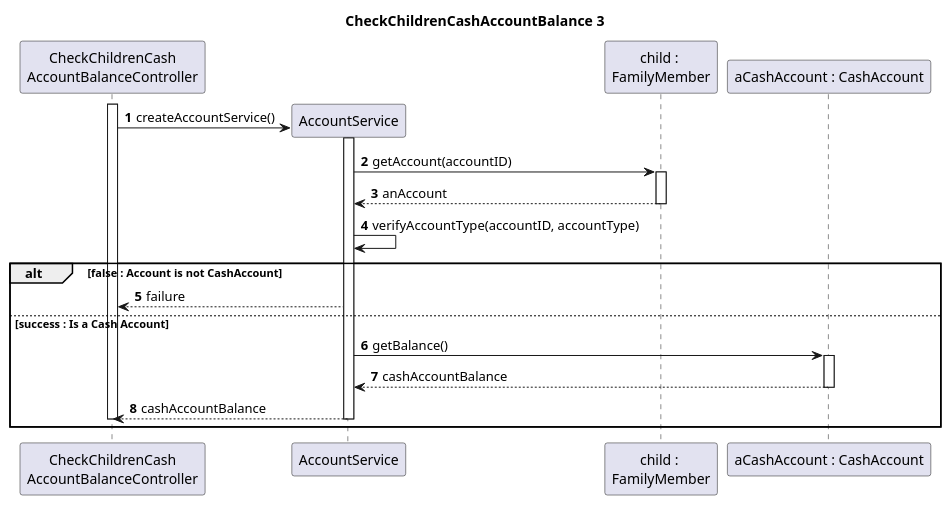
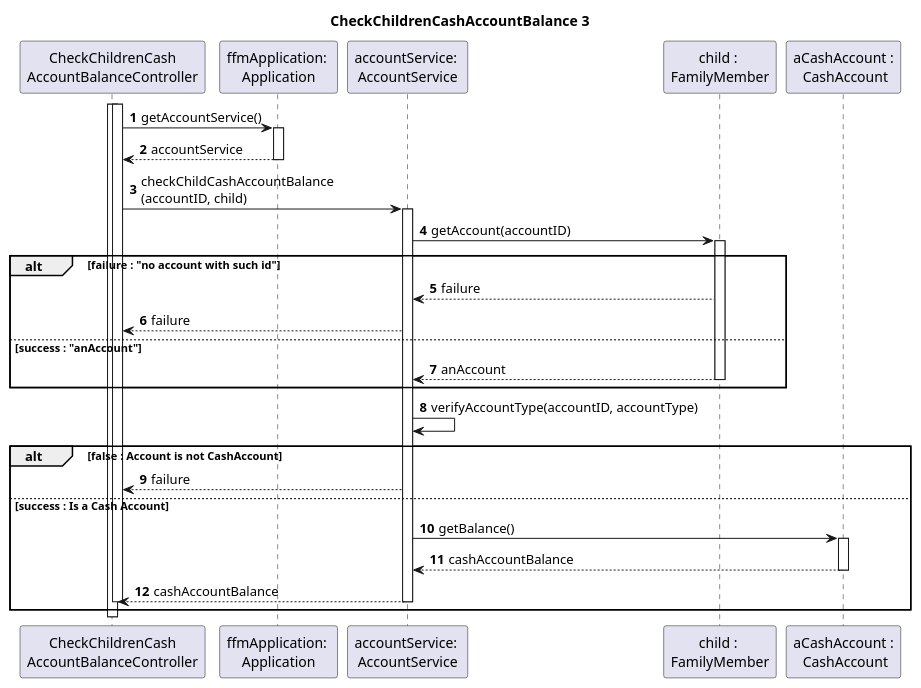
One commit to tomas-osswald/switch_2020_g3 changed the fourth of 5 diagrams in docs/sprint2/user_stories/US188_CheckChildrenCashAccountBalance.md. Above: the diagram before and after it, drawn with PlantUML. The commit also changed other lines of this file, not shown here.

Commit message:
Changes to SD and Class Diagram now with App having all Services

`````diff
--- a/docs/sprint2/user_stories/US188_CheckChildrenCashAccountBalance.md
+++ b/docs/sprint2/user_stories/US188_CheckChildrenCashAccountBalance.md
@@ -206,35 +219,47 @@
 ````puml
 autonumber
 
 title CheckChildrenCashAccountBalance 3
 
 participant "CheckChildrenCash\nAccountBalanceController" as controller
-participant "AccountService" as account
+participant "ffmApplication: \nApplication" as App
+participant "accountService: \nAccountService" as account
 participant "child : \nFamilyMember" as child
-participant "aCashAccount : CashAccount" as cash
+participant "aCashAccount :\n CashAccount" as cash
 
 activate controller
-controller -> account **: createAccountService()
+
+activate controller
+controller -> App : getAccountService()
+activate App
+App --> controller : accountService
+deactivate App
+controller -> account : checkChildCashAccountBalance\n(accountID, child)
 activate account
 account -> child : getAccount(accountID)
 activate child
+alt failure : "no account with such id"
+child --> account : failure
+account --> controller : failure
+else success : "anAccount"
 account <-- child : anAccount
 deactivate child
+end
 account -> account : verifyAccountType(accountID, accountType)
 alt false : Account is not CashAccount
 account --> controller : failure
 else success : Is a Cash Account
 account -> cash : getBalance()
 activate cash
 cash --> account : cashAccountBalance
 deactivate cash
 account --> controller : cashAccountBalance
 deactivate account
 deactivate controller
 
 end
 
 
 deactivate controller
 
 ````
`````
